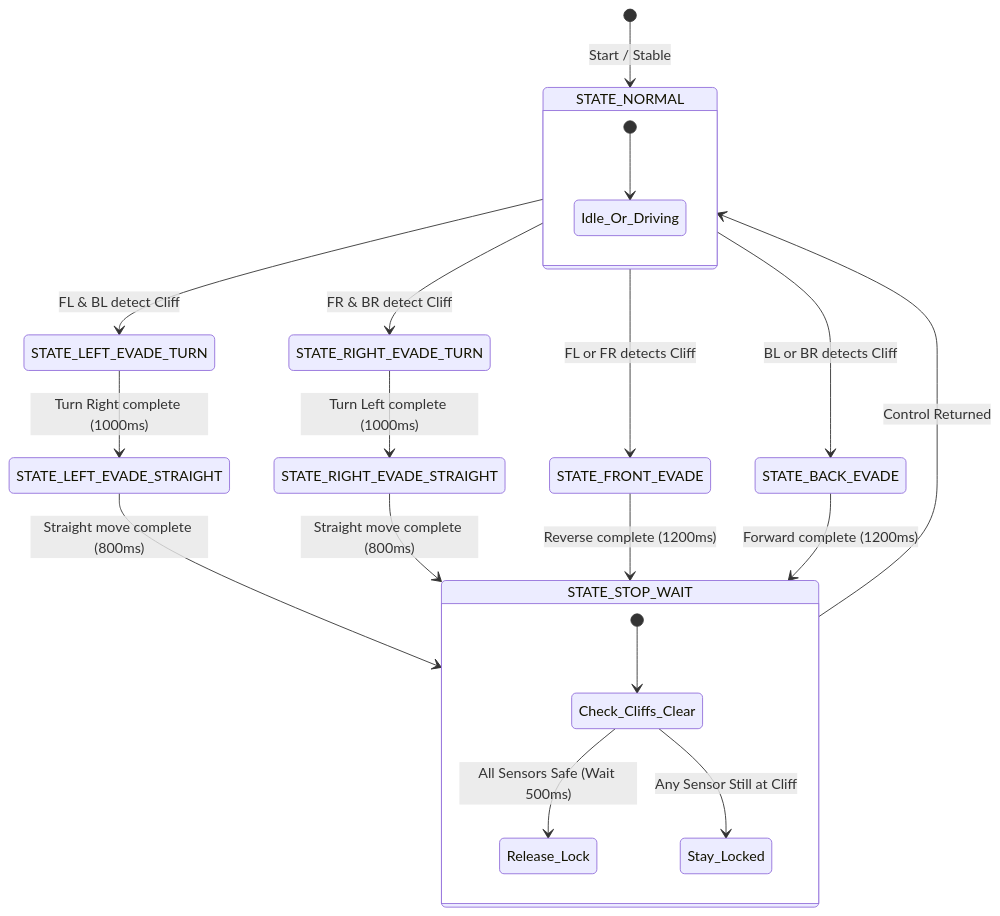
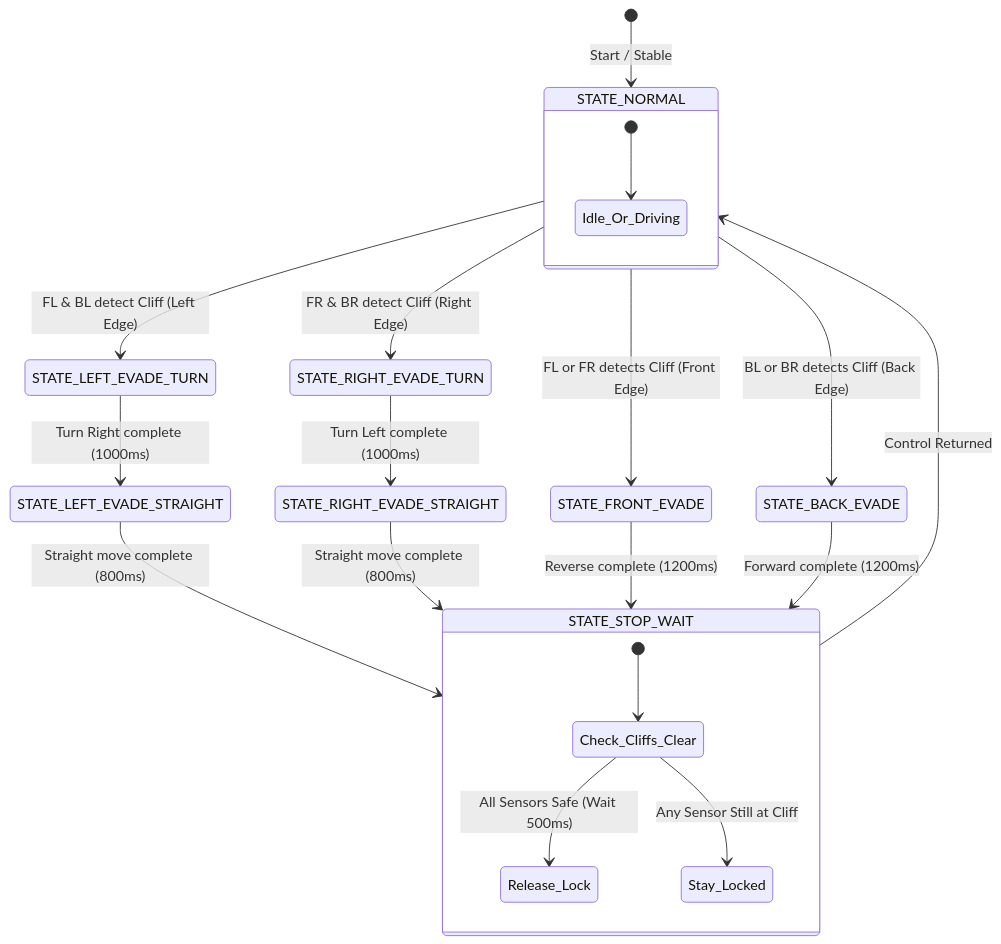
Before and after one commit to shamsulhakimee/IntegratedDesignProject-IDP-: the diagram in walkthrough.md, drawn with Mermaid. The commit also changed other lines of this file and 3 other files, not shown here.

Commit message:
Remove cancelled IMU/closed-loop configuration and update system documentation/architecture diagrams

````diff
--- a/walkthrough.md
+++ b/walkthrough.md
@@ -21,30 +23,30 @@
 ```mermaid
 stateDiagram-v2
     [*] --> STATE_NORMAL : Start / Stable
     
     state STATE_NORMAL {
         [*] --> Idle_Or_Driving
     }
 
-    STATE_NORMAL --> STATE_LEFT_EVADE_TURN : FL & BL detect Cliff
-    STATE_NORMAL --> STATE_RIGHT_EVADE_TURN : FR & BR detect Cliff
-    STATE_NORMAL --> STATE_FRONT_EVADE : FL or FR detects Cliff
-    STATE_NORMAL --> STATE_BACK_EVADE : BL or BR detects Cliff
+    STATE_NORMAL --> STATE_LEFT_EVADE_TURN : FL & BL detect Cliff (Left Edge)
+    STATE_NORMAL --> STATE_RIGHT_EVADE_TURN : FR & BR detect Cliff (Right Edge)
+    STATE_NORMAL --> STATE_FRONT_EVADE : FL or FR detects Cliff (Front Edge)
+    STATE_NORMAL --> STATE_BACK_EVADE : BL or BR detects Cliff (Back Edge)
 
     STATE_LEFT_EVADE_TURN --> STATE_LEFT_EVADE_STRAIGHT : Turn Right complete (1000ms)
     STATE_LEFT_EVADE_STRAIGHT --> STATE_STOP_WAIT : Straight move complete (800ms)
 
     STATE_RIGHT_EVADE_TURN --> STATE_RIGHT_EVADE_STRAIGHT : Turn Left complete (1000ms)
     STATE_RIGHT_EVADE_STRAIGHT --> STATE_STOP_WAIT : Straight move complete (800ms)
 
     STATE_FRONT_EVADE --> STATE_STOP_WAIT : Reverse complete (1200ms)
     STATE_BACK_EVADE --> STATE_STOP_WAIT : Forward complete (1200ms)
 
     state STATE_STOP_WAIT {
         [*] --> Check_Cliffs_Clear
         Check_Cliffs_Clear --> Release_Lock : All Sensors Safe (Wait 500ms)
         Check_Cliffs_Clear --> Stay_Locked : Any Sensor Still at Cliff
     }
 
     STATE_STOP_WAIT --> STATE_NORMAL : Control Returned
 ```
````
